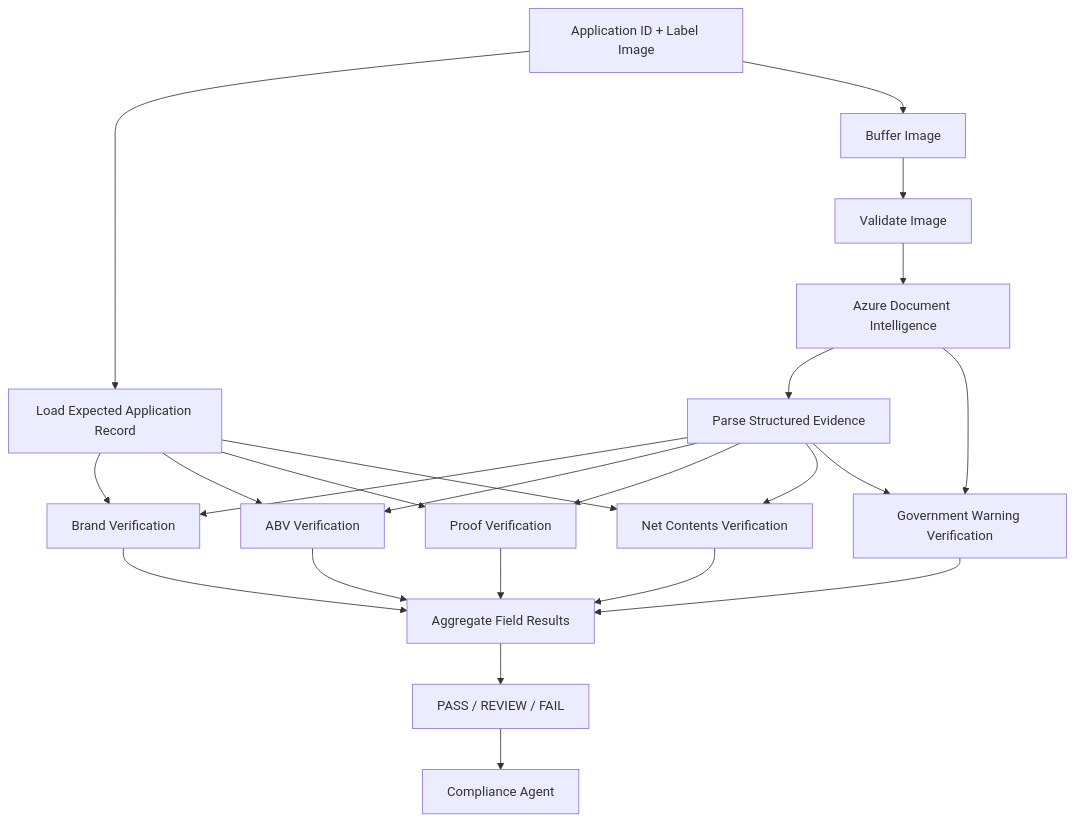
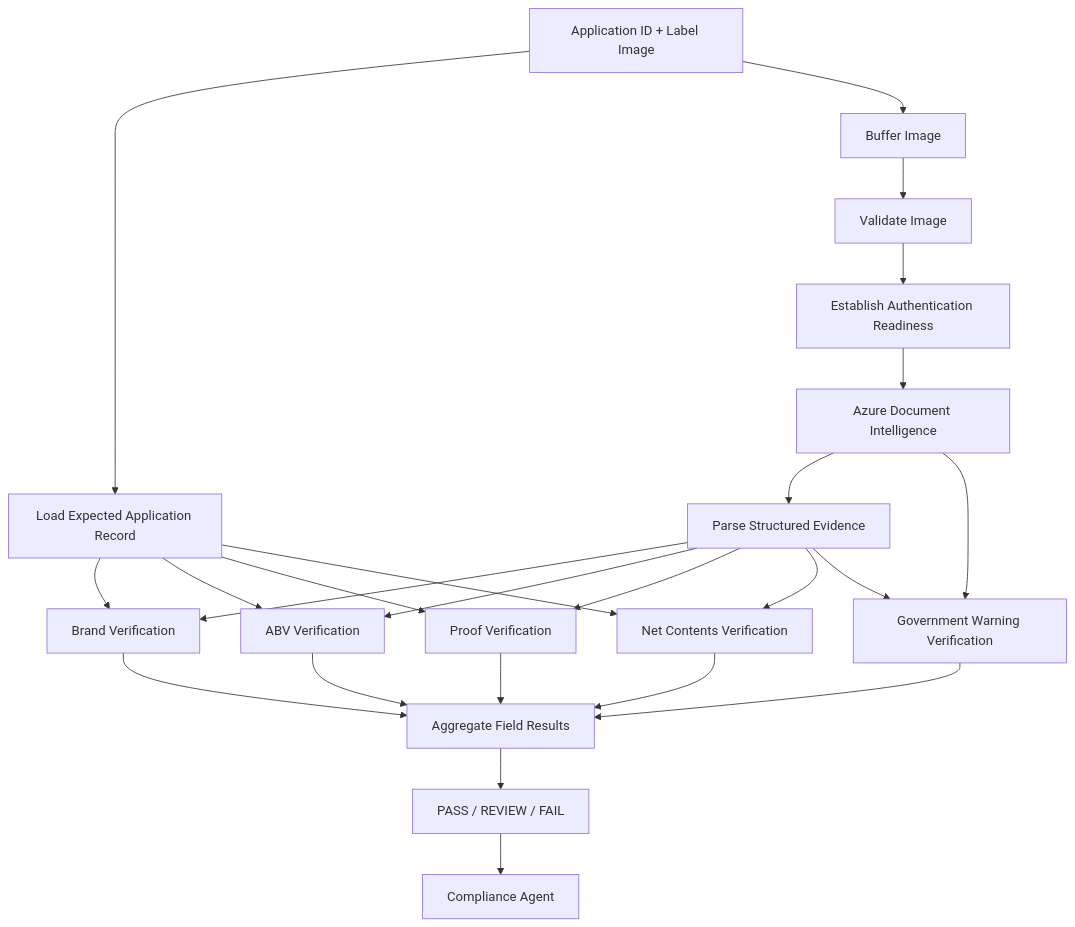
Before and after one commit to rawamba/ttb-ai-label-verification: the third of 7 diagrams in docs/architecture.md, drawn with Mermaid. The commit also changed other lines of this file and 26 other files, not shown here.

````diff
--- a/docs/architecture.md
+++ b/docs/architecture.md
@@ -311,47 +383,49 @@
 ```mermaid
 flowchart TD
     Input["Application ID + Label Image"]
     Load["Load Expected Application Record"]
     Buffer["Buffer Image"]
     Validate["Validate Image"]
+    Auth["Establish Authentication Readiness"]
     OCR["Azure Document Intelligence"]
     Parse["Parse Structured Evidence"]
     Brand["Brand Verification"]
     ABV["ABV Verification"]
     Proof["Proof Verification"]
     Net["Net Contents Verification"]
     Warning["Government Warning Verification"]
     Aggregate["Aggregate Field Results"]
     Result["PASS / REVIEW / FAIL"]
     Agent["Compliance Agent"]
 
     Input --> Load
     Input --> Buffer
     Buffer --> Validate
-    Validate --> OCR
+    Validate --> Auth
+    Auth --> OCR
     OCR --> Parse
 
     Load --> Brand
     Parse --> Brand
 
     Load --> ABV
     Parse --> ABV
 
     Load --> Proof
     Parse --> Proof
 
     Load --> Net
     Parse --> Net
 
     OCR --> Warning
     Parse --> Warning
 
     Brand --> Aggregate
     ABV --> Aggregate
     Proof --> Aggregate
     Net --> Aggregate
     Warning --> Aggregate
 
     Aggregate --> Result
     Result --> Agent
 ```
````
